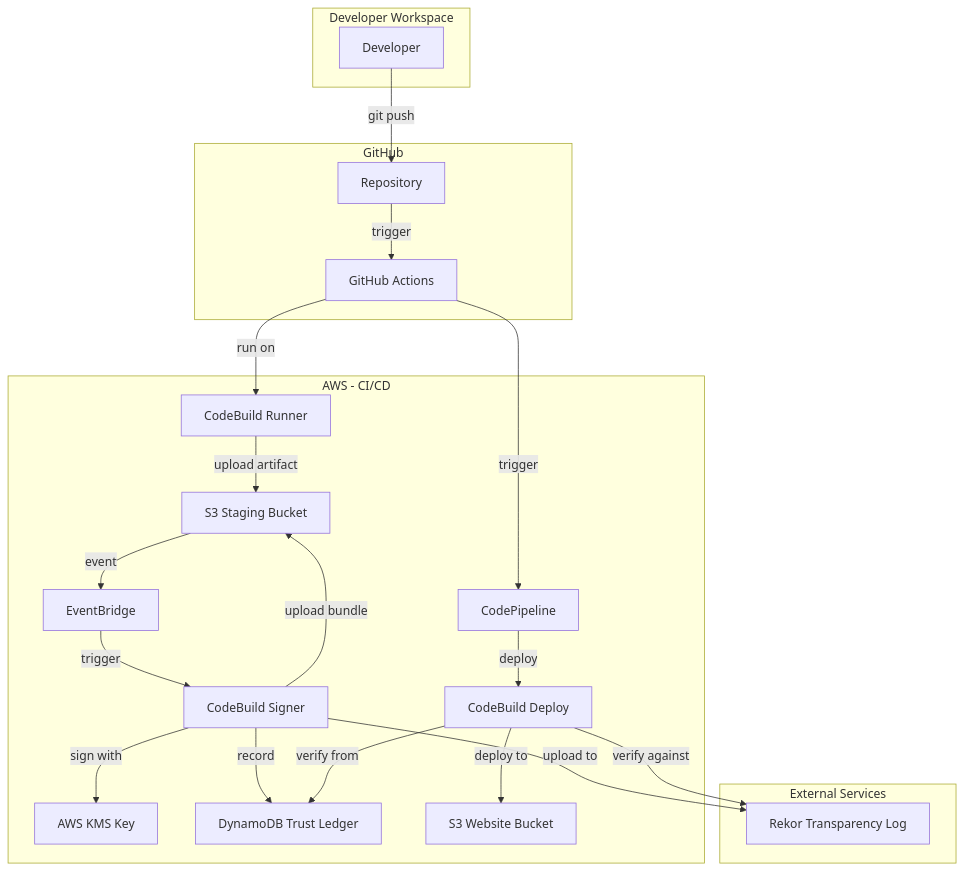
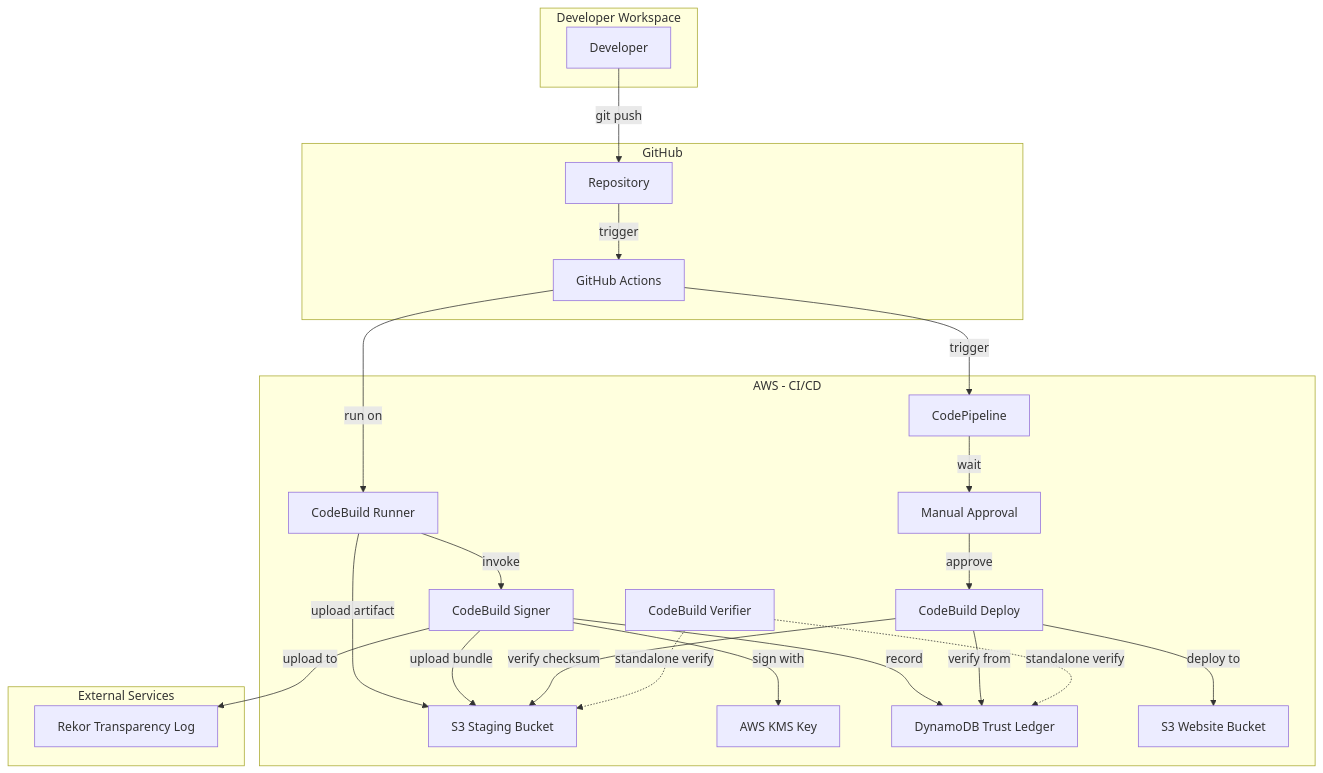
Before and after one commit to tanishk97/MICS295Capstone: the first of 6 diagrams in TECHNICAL_DOCUMENTATION.md, drawn with Mermaid. The commit also changed other lines of this file, not shown here.

Commit message:
Update documentation: Add verifier service, remove EventBridge, add tampering detection

````diff
--- a/TECHNICAL_DOCUMENTATION.md
+++ b/TECHNICAL_DOCUMENTATION.md
@@ -23,43 +23,46 @@
 ```mermaid
 graph TB
     subgraph "Developer Workspace"
         DEV[Developer]
     end
     
     subgraph "GitHub"
         REPO[Repository]
         GHA[GitHub Actions]
     end
     
     subgraph "AWS - CI/CD"
         CB1[CodeBuild Runner]
         S3S[S3 Staging Bucket]
-        EB[EventBridge]
         CB2[CodeBuild Signer]
         KMS[AWS KMS Key]
         DDB[DynamoDB Trust Ledger]
         CP[CodePipeline]
+        MA[Manual Approval]
         CB3[CodeBuild Deploy]
+        CB4[CodeBuild Verifier]
         S3W[S3 Website Bucket]
     end
     
     subgraph "External Services"
         REKOR[Rekor Transparency Log]
     end
     
     DEV -->|git push| REPO
     REPO -->|trigger| GHA
     GHA -->|run on| CB1
     CB1 -->|upload artifact| S3S
-    S3S -->|event| EB
-    EB -->|trigger| CB2
+    CB1 -->|invoke| CB2
     CB2 -->|sign with| KMS
     CB2 -->|upload to| REKOR
     CB2 -->|record| DDB
     CB2 -->|upload bundle| S3S
     GHA -->|trigger| CP
-    CP -->|deploy| CB3
+    CP -->|wait| MA
+    MA -->|approve| CB3
     CB3 -->|verify from| DDB
-    CB3 -->|verify against| REKOR
+    CB3 -->|verify checksum| S3S
     CB3 -->|deploy to| S3W
+    CB4 -.->|standalone verify| DDB
+    CB4 -.->|standalone verify| S3S
 ```
````
